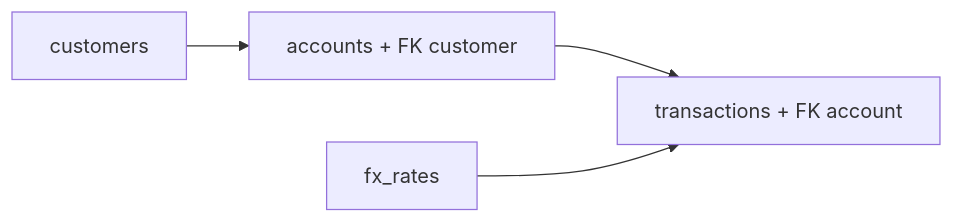
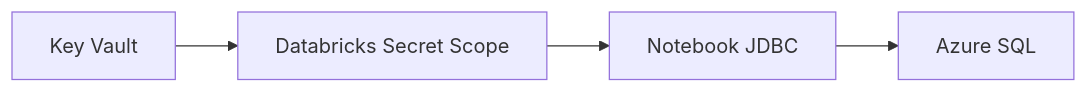
The third of 3 diagrams in 23-azure-adf-databricks-bank-fx/docs/architecture.md (franciscosalaspla/data-engineering-portfolio), drawn with Mermaid before and after one commit. The commit also changed other lines of this file and 7 other files, not shown here.

````diff
--- a/23-azure-adf-databricks-bank-fx/docs/architecture.md
+++ b/23-azure-adf-databricks-bank-fx/docs/architecture.md
@@ -117,6 +112,6 @@
 ```mermaid
 flowchart LR
-    C["customers"] --> A["accounts + FK customer"]
-    A --> T["transactions + FK account"]
-    F["fx_rates"] --> T
+    KV["Key Vault"] --> SS["Databricks Secret Scope"]
+    SS --> NB["Notebook JDBC"]
+    NB --> DB["Azure SQL"]
 ```
````
